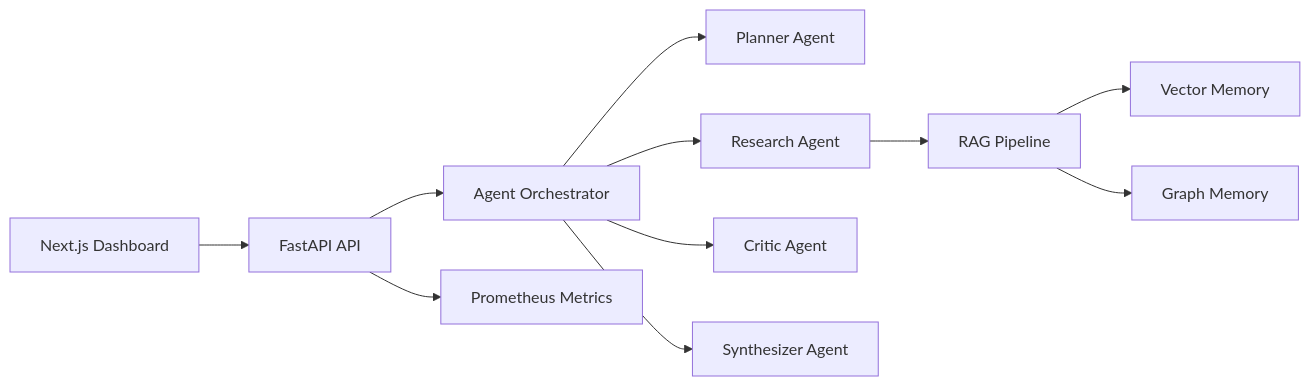
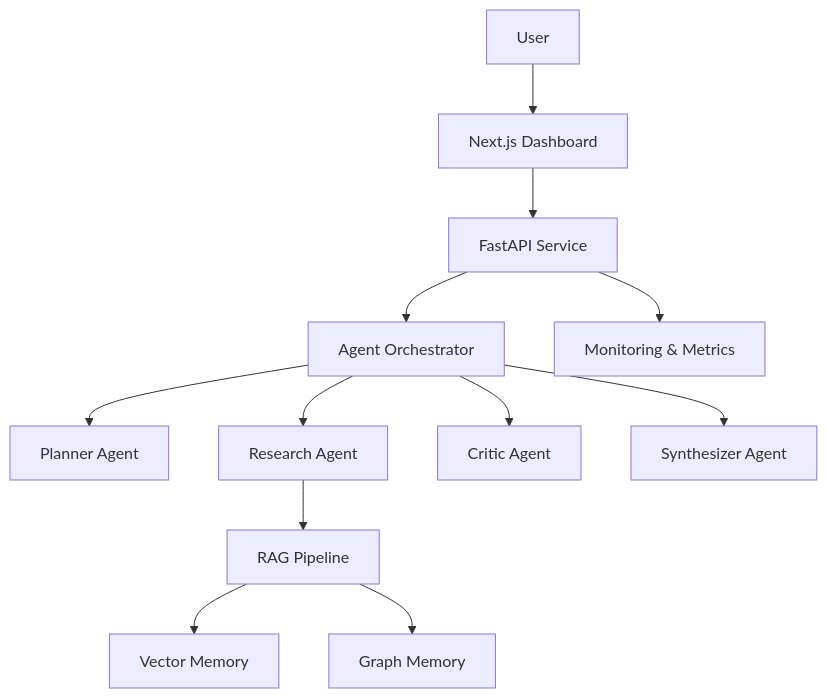
One commit to Ani-sha23/AgeNova changed the second of 2 diagrams in README.md. Above: the diagram before and after it, drawn with Mermaid. The commit also changed other lines of this file, not shown here.

````diff
--- a/README.md
+++ b/README.md
@@ -20,13 +189,40 @@
 ```mermaid
-flowchart LR
-    UI["Next.js Dashboard"] --> API["FastAPI API"]
-    API --> ORCH["Agent Orchestrator"]
-    ORCH --> PLANNER["Planner Agent"]
-    ORCH --> RESEARCH["Research Agent"]
-    ORCH --> CRITIC["Critic Agent"]
-    ORCH --> SYNTH["Synthesizer Agent"]
-    RESEARCH --> RAG["RAG Pipeline"]
-    RAG --> VDB["Vector Memory"]
-    RAG --> KG["Graph Memory"]
-    API --> METRICS["Prometheus Metrics"]
+flowchart TB
+
+    USER["User"]
+
+    UI["Next.js Dashboard"]
+
+    API["FastAPI Service"]
+
+    ORCH["Agent Orchestrator"]
+
+    PLAN["Planner Agent"]
+    RES["Research Agent"]
+    CRIT["Critic Agent"]
+    SYN["Synthesizer Agent"]
+
+    RAG["RAG Pipeline"]
+
+    VECTOR["Vector Memory"]
+    GRAPH["Graph Memory"]
+
+    METRICS["Monitoring & Metrics"]
+
+    USER --> UI
+    UI --> API
+
+    API --> ORCH
+
+    ORCH --> PLAN
+    ORCH --> RES
+    ORCH --> CRIT
+    ORCH --> SYN
+
+    RES --> RAG
+
+    RAG --> VECTOR
+    RAG --> GRAPH
+
+    API --> METRICS
 ```
````
